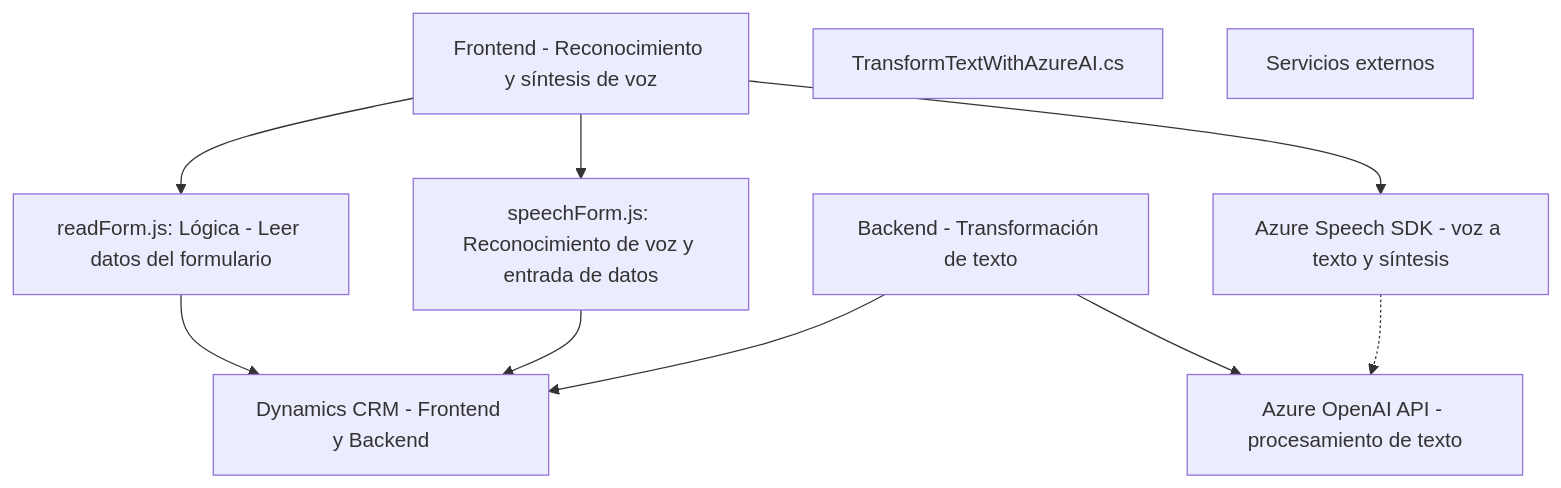
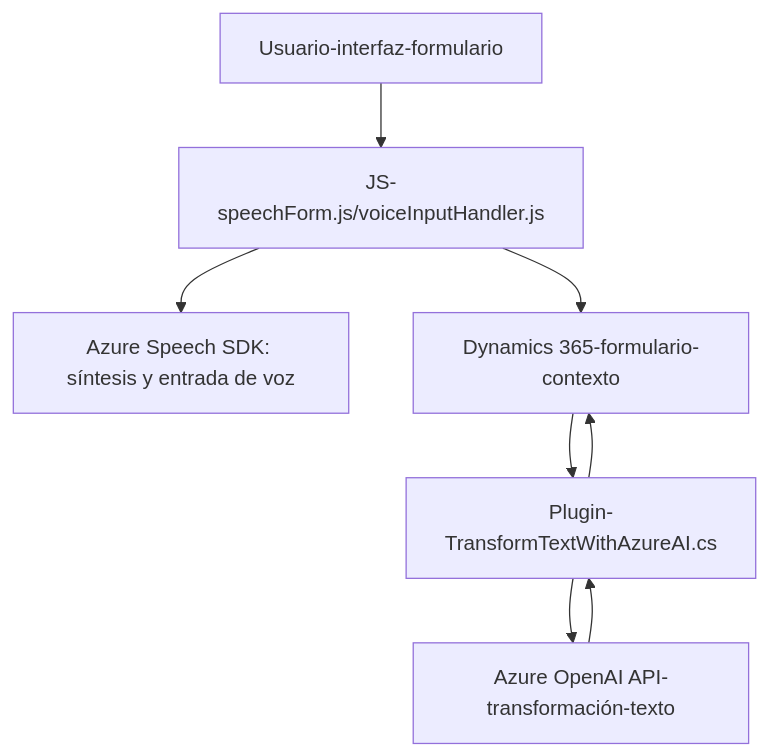
Before and after one commit to blopezdm/NETCORE_BILBAO2025: the diagram in README.md, drawn with Mermaid. The commit also changed other lines of this file, not shown here.

````diff
--- a/README.md
+++ b/README.md
@@ -44,21 +37,10 @@
 ```mermaid
 graph TD
-    A["Frontend - Reconocimiento y síntesis de voz"]
-    A1["readForm.js: Lógica - Leer datos del formulario"]
-    A2["speechForm.js: Reconocimiento de voz y entrada de datos"]
-    B["Backend - Transformación de texto"]
-    B1["TransformTextWithAzureAI.cs"]
-    C["Servicios externos"]
-    C1["Azure Speech SDK - voz a texto y síntesis"]
-    C2["Azure OpenAI API - procesamiento de texto"]
-    C3["Dynamics CRM - Frontend y Backend"]
-
-    A --> A1
-    A --> A2
-    A1 --> C3
-    A2 --> C3
-    B --> C3
-    B --> C2
-    A --> C1
-    C1 -.-> C2
+    A["Usuario-interfaz-formulario"] --> B["JS-speechForm.js/voiceInputHandler.js"]
+    B["JS-speechForm.js/voiceInputHandler.js"] --> C["Azure Speech SDK: síntesis y entrada de voz"]
+    B["JS-speechForm.js/voiceInputHandler.js"] --> D["Dynamics 365-formulario-contexto"]
+    D["Dynamics 365-formulario-contexto"] --> E["Plugin-TransformTextWithAzureAI.cs"]
+    E["Plugin-TransformTextWithAzureAI.cs"] --> F["Azure OpenAI API-transformación-texto"]
+    F["Azure OpenAI API-transformación-texto"] --> E["Plugin-Dynamics-response"]
+    E["Plugin-TransformTextWithAzureAI.cs"] --> D["Dynamics 365-formulario-contexto"]
 ```
````
